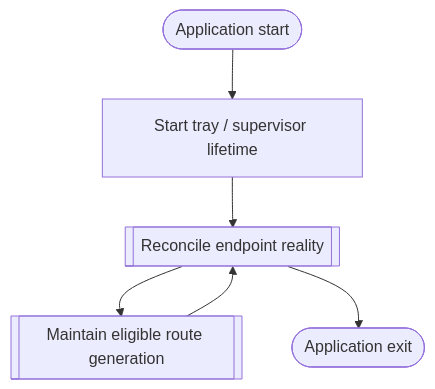
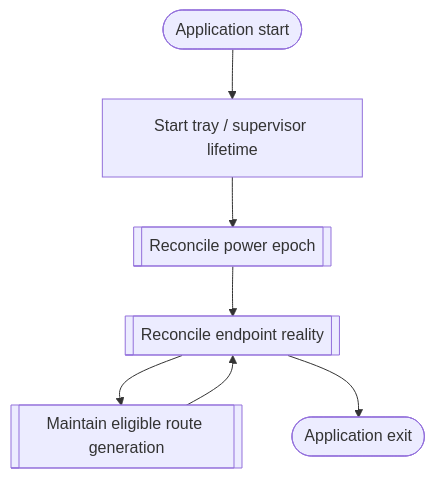
The diagram in VF/round4-shell.vf.md (STanJK/LE-Audio-Relay), drawn with Mermaid before and after one commit. The commit also changed other lines of this file and 5 other files, not shown here.

Commit message:
docs: map power lifecycle journal and provisional drift guard into VF-KB

````diff
--- a/VF/round4-shell.vf.md
+++ b/VF/round4-shell.vf.md
@@ -89,29 +89,34 @@
 ```mermaid
 flowchart TD
     %% vf:flow id="product-lifetime"
 
     %% vf:element kind="input"
     start(["Application start"])
 
     %% vf:element kind="action"
     %% vf:op call target="Application.Run" args="TrayApplicationContext" source="program"
     tray["Start tray / supervisor lifetime"]
+
+    %% vf:element kind="child"
+    %% vf:expand node="leaudio-router.round4-shell.power-lifecycle"
+    power[["Reconcile power epoch"]]
 
     %% vf:element kind="child"
     %% vf:expand node="leaudio-router.round4-shell.endpoint-lifecycle"
     lifecycle[["Reconcile endpoint reality"]]
 
     %% vf:element kind="child"
     %% vf:expand node="leaudio-router.round4-shell.worker-generation"
     worker[["Maintain eligible route generation"]]
 
     %% vf:element kind="output"
     %% vf:op return value="0" source="program"
     exit(["Application exit"])
 
     start --> tray
-    tray --> lifecycle
+    tray --> power
+    power --> lifecycle
     lifecycle --> worker
     worker --> lifecycle
     lifecycle --> exit
 ```
````
